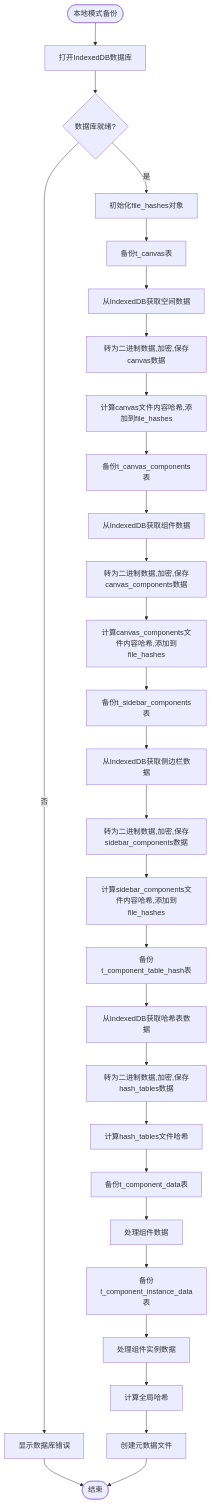
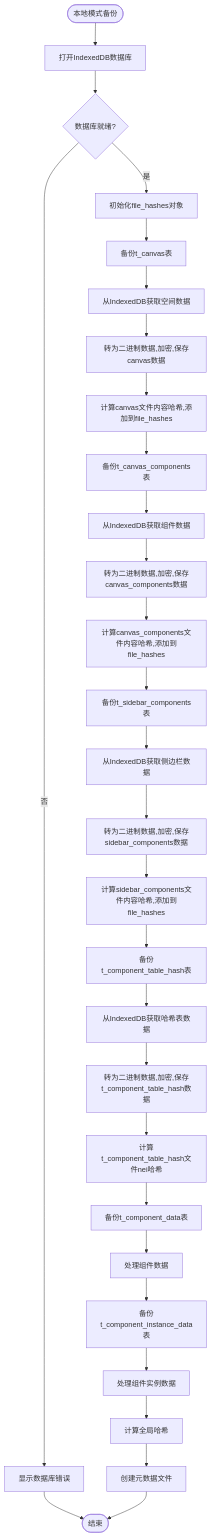
The diagram in all/未命名-56.md (yingjianzh/iodraw-files), drawn with Mermaid before and after one commit.

Commit message:
2025-05-12 14:16:14 update

````diff
--- a/all/未命名-56.md
+++ b/all/未命名-56.md
@@ -1,44 +1,44 @@
 ```mermaid
 
 flowchart TD
     Start([本地模式备份]) --> OpenDB[打开IndexedDB数据库]
     OpenDB --> DBReady{数据库就绪?}
     
     DBReady -->|否| ShowDBError[显示数据库错误]
     DBReady -->|是| InitHashObject[初始化file_hashes对象]
     
     ShowDBError --> End([结束])
     
     InitHashObject --> BackupCanvas[备份t_canvas表]
     BackupCanvas --> GetCanvasFromDB[从IndexedDB获取空间数据]
     GetCanvasFromDB --> ProcessCanvasFile[转为二进制数据,加密,保存canvas数据]
     ProcessCanvasFile --> AddCanvasHash[计算canvas文件内容哈希,添加到file_hashes]
     
     AddCanvasHash --> BackupCanvasComps[备份t_canvas_components表]
     BackupCanvasComps --> GetCanvasCompsFromDB[从IndexedDB获取组件数据]
     GetCanvasCompsFromDB --> ProcessCanvasCompsFile[转为二进制数据,加密,保存canvas_components数据]
     ProcessCanvasCompsFile --> AddCanvasCompsHash[计算canvas_components文件内容哈希,添加到file_hashes]
     
     AddCanvasCompsHash --> BackupSidebarComps[备份t_sidebar_components表]
     BackupSidebarComps --> GetSidebarCompsFromDB[从IndexedDB获取侧边栏数据]
     GetSidebarCompsFromDB --> ProcessSidebarCompsFile[转为二进制数据,加密,保存sidebar_components数据]
     ProcessSidebarCompsFile --> AddSidebarCompsHash[计算sidebar_components文件内容哈希,添加到file_hashes]
     
     AddSidebarCompsHash --> BackupHashTables[备份t_component_table_hash表]
     BackupHashTables --> GetHashTablesFromDB[从IndexedDB获取哈希表数据]
-    GetHashTablesFromDB --> ProcessHashTablesFile[转为二进制数据,加密,保存hash_tables数据]
-    ProcessHashTablesFile --> AddHashTablesHash[计算hash_tables文件哈希]
+    GetHashTablesFromDB --> ProcessHashTablesFile[转为二进制数据,加密,保存t_component_table_hash数据]
+    ProcessHashTablesFile --> AddHashTablesHash[计算t_component_table_hash文件nei哈希]
     
     AddHashTablesHash --> BackupCompData[备份t_component_data表]
     BackupCompData --> ProcessCompData[处理组件数据]
     
     ProcessCompData --> BackupInstData[备份t_component_instance_data表]
     BackupInstData --> ProcessInstData[处理组件实例数据]
     
     ProcessInstData --> CalculateGlobalHash[计算全局哈希]
     CalculateGlobalHash --> CreateMetadataFile[创建元数据文件]
     
     CreateMetadataFile --> End
 
 
 ```
````
